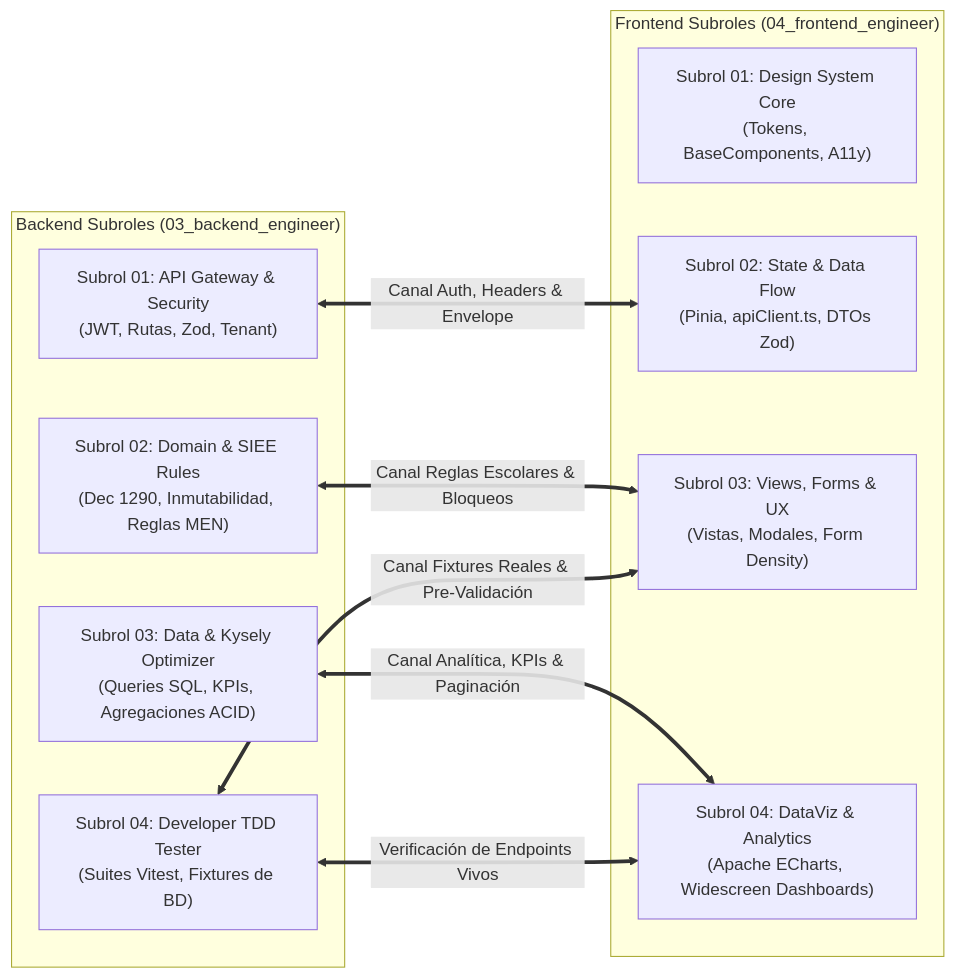
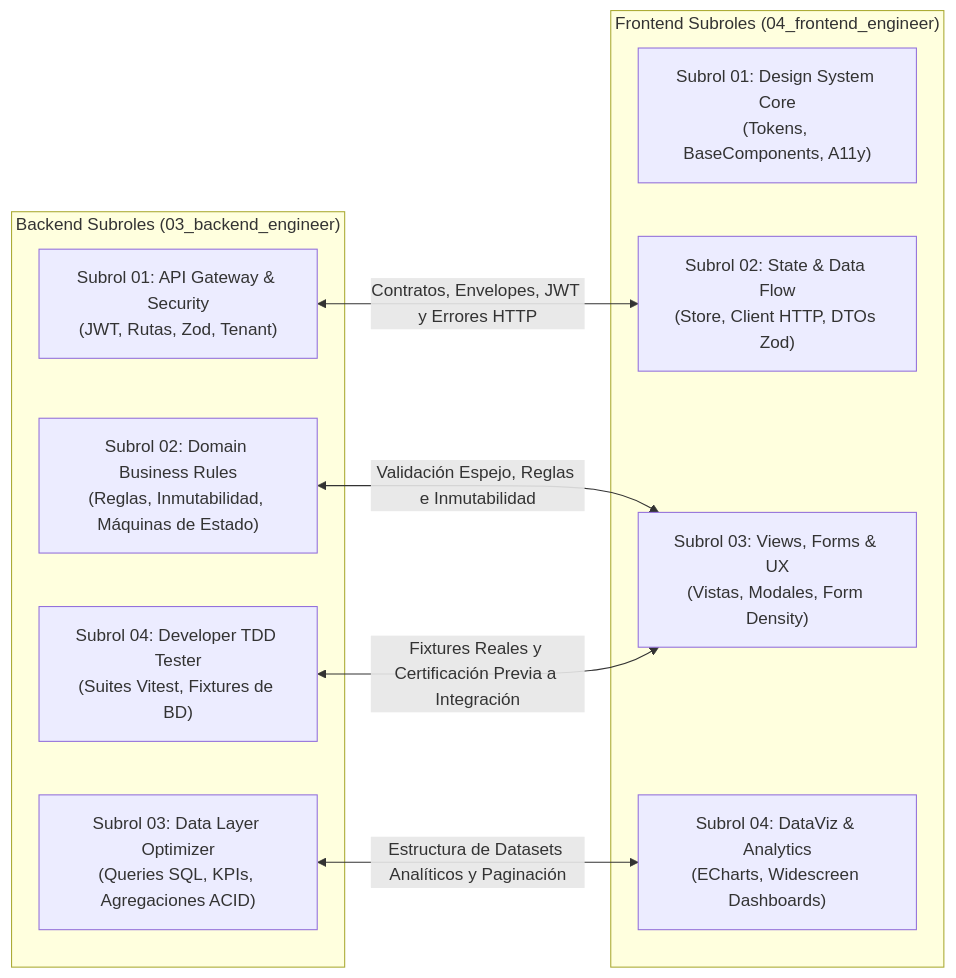
Before and after one commit to DanExl24/multiagent-sdlc-starter: the second of 2 diagrams in multiAgents/protocols/BACKEND_FRONTEND_SUBROLES_SYNC_PROTOCOL.md, drawn with Mermaid. The commit also changed other lines of this file and 35 other files, not shown here.

````diff
--- a/multiAgents/protocols/BACKEND_FRONTEND_SUBROLES_SYNC_PROTOCOL.md
+++ b/multiAgents/protocols/BACKEND_FRONTEND_SUBROLES_SYNC_PROTOCOL.md
@@ -60,22 +45,21 @@
 ```mermaid
 graph LR
     subgraph "Backend Subroles (03_backend_engineer)"
         B1["Subrol 01: API Gateway & Security<br/>(JWT, Rutas, Zod, Tenant)"]
-        B2["Subrol 02: Domain & SIEE Rules<br/>(Dec 1290, Inmutabilidad, Reglas MEN)"]
-        B3["Subrol 03: Data & Kysely Optimizer<br/>(Queries SQL, KPIs, Agregaciones ACID)"]
+        B2["Subrol 02: Domain Business Rules<br/>(Reglas, Inmutabilidad, Máquinas de Estado)"]
+        B3["Subrol 03: Data Layer Optimizer<br/>(Queries SQL, KPIs, Agregaciones ACID)"]
         B4["Subrol 04: Developer TDD Tester<br/>(Suites Vitest, Fixtures de BD)"]
     end
 
     subgraph "Frontend Subroles (04_frontend_engineer)"
         F1["Subrol 01: Design System Core<br/>(Tokens, BaseComponents, A11y)"]
-        F2["Subrol 02: State & Data Flow<br/>(Pinia, apiClient.ts, DTOs Zod)"]
+        F2["Subrol 02: State & Data Flow<br/>(Store, Client HTTP, DTOs Zod)"]
         F3["Subrol 03: Views, Forms & UX<br/>(Vistas, Modales, Form Density)"]
-        F4["Subrol 04: DataViz & Analytics<br/>(Apache ECharts, Widescreen Dashboards)"]
+        F4["Subrol 04: DataViz & Analytics<br/>(ECharts, Widescreen Dashboards)"]
     end
 
-    B1 <== "Canal Auth, Headers & Envelope" ==> F2
-    B2 <== "Canal Reglas Escolares & Bloqueos" ==> F3
-    B3 <== "Canal Analítica, KPIs & Paginación" ==> F4
-    B4 <== "Canal Fixtures Reales & Pre-Validación" ==> F3
-    B4 <== "Verificación de Endpoints Vivos" ==> F4
+    B1 <-->|"Contratos, Envelopes, JWT y Errores HTTP"| F2
+    B2 <-->|"Validación Espejo, Reglas e Inmutabilidad"| F3
+    B3 <-->|"Estructura de Datasets Analíticos y Paginación"| F4
+    B4 <-->|"Fixtures Reales y Certificación Previa a Integración"| F3
 ```
````
